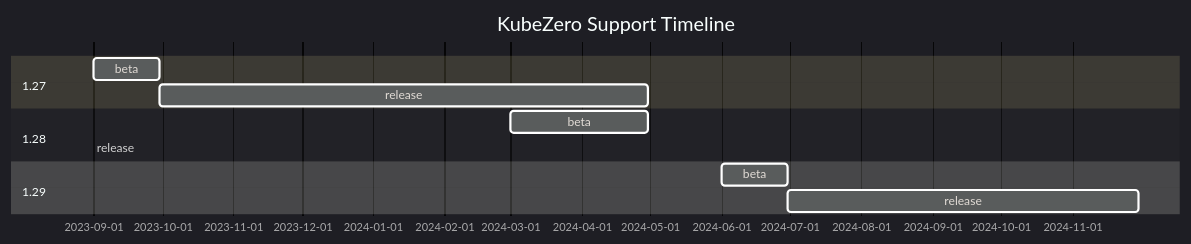
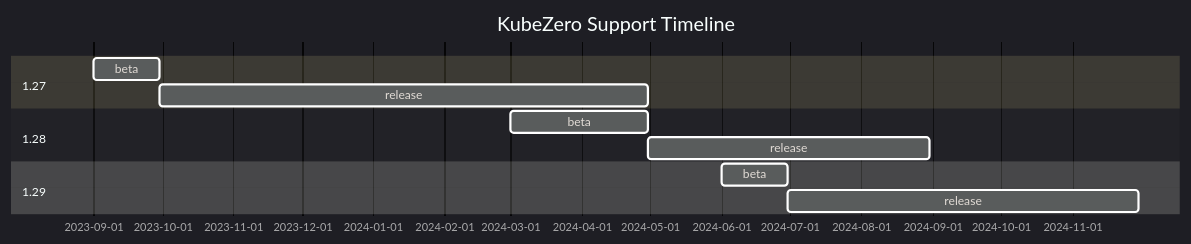
The diagram in README.md (Zero-Down-Time/kubezero), drawn with Mermaid before and after one commit.

````diff
--- a/README.md
+++ b/README.md
@@ -26,15 +26,15 @@
 ```mermaid
 %%{init: {'theme':'dark'}}%%
 gantt
     title KubeZero Support Timeline
     dateFormat  YYYY-MM-DD
     section 1.27
     beta     :127b, 2023-09-01, 2023-09-30
     release  :after 127b, 2024-04-30
     section 1.28
     beta     :128b, 2024-03-01, 2024-04-30
-    release  :after 128b, 2023-08-31
+    release  :after 128b, 2024-08-31
     section 1.29
     beta     :129b, 2024-06-01, 2024-06-30
     release  :after 129b, 2024-11-30
 ```
````
